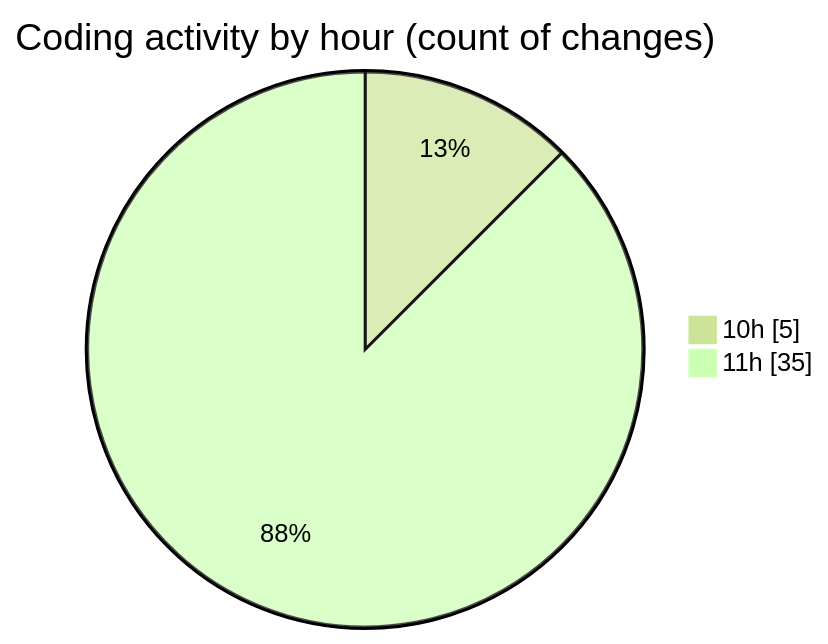
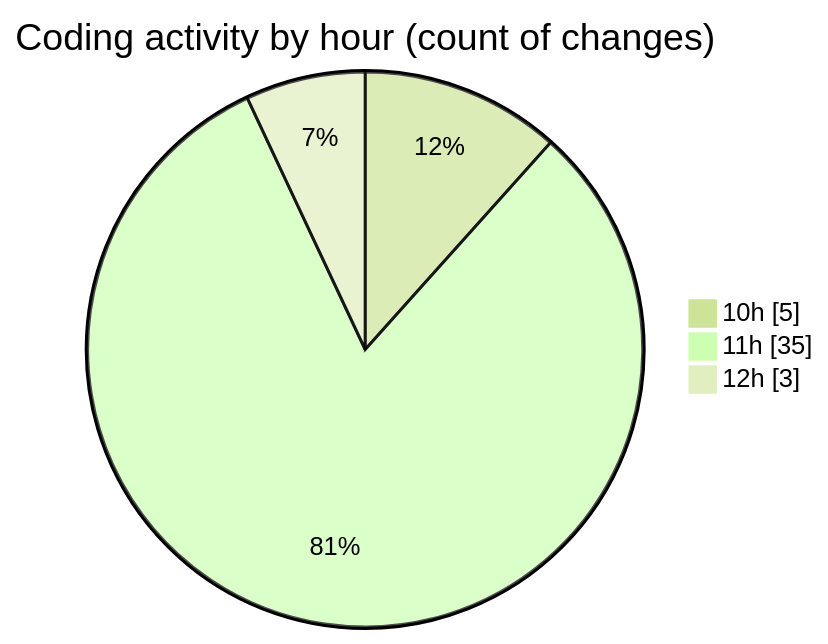
Before and after one commit to nxtqubesakshisongat/code-tracking: the second of 2 diagrams in 2025-09-23/nxtqube_webapp/README.md, drawn with Mermaid (forest theme). The commit also changed other lines of this file and 1 other file, not shown here.

````diff
--- a/2025-09-23/nxtqube_webapp/README.md
+++ b/2025-09-23/nxtqube_webapp/README.md
@@ -32,6 +32,7 @@
 ```mermaid
 pie showData
 title Coding activity by hour (count of changes)
 "10h" : 5
 "11h" : 35
+"12h" : 3
 ```
````
